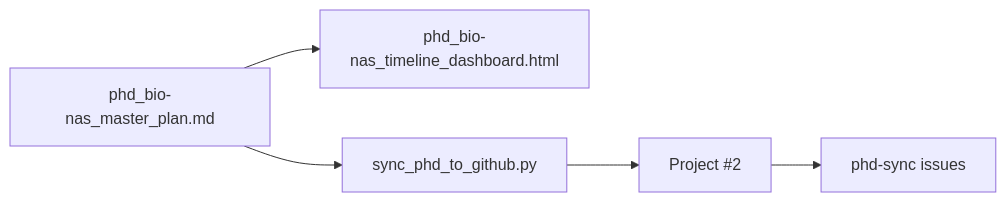
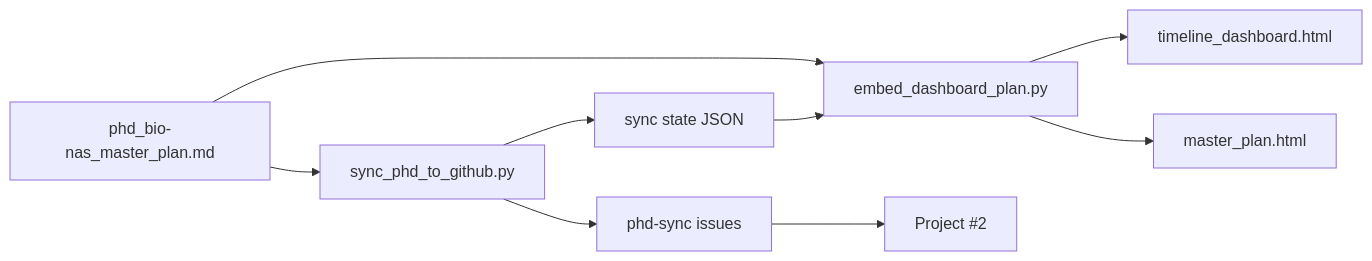
The diagram in Bio-NAS/docs/wiki/Workflow.md (AdamCankaya/PhDNeural), drawn with Mermaid before and after one commit. The commit also changed other lines of this file and 22 other files, not shown here.

First line of the commit message:
Align Bio-NAS timeline with 1:1 GitHub issues and docs.

````diff
--- a/Bio-NAS/docs/wiki/Workflow.md
+++ b/Bio-NAS/docs/wiki/Workflow.md
@@ -7,7 +7,11 @@
 ```mermaid
 flowchart LR
-  Plan[phd_bio-nas_master_plan.md] --> Dash[phd_bio-nas_timeline_dashboard.html]
+  Plan[phd_bio-nas_master_plan.md] --> Embed[embed_dashboard_plan.py]
   Plan --> Sync[sync_phd_to_github.py]
-  Sync --> Board[Project #2]
-  Board --> Issues[phd-sync issues]
+  Embed --> Dash[timeline_dashboard.html]
+  Embed --> PlanHtml[master_plan.html]
+  Sync --> Issues[phd-sync issues]
+  Sync --> State[sync state JSON]
+  State --> Embed
+  Issues --> Board[Project #2]
 ```
````
